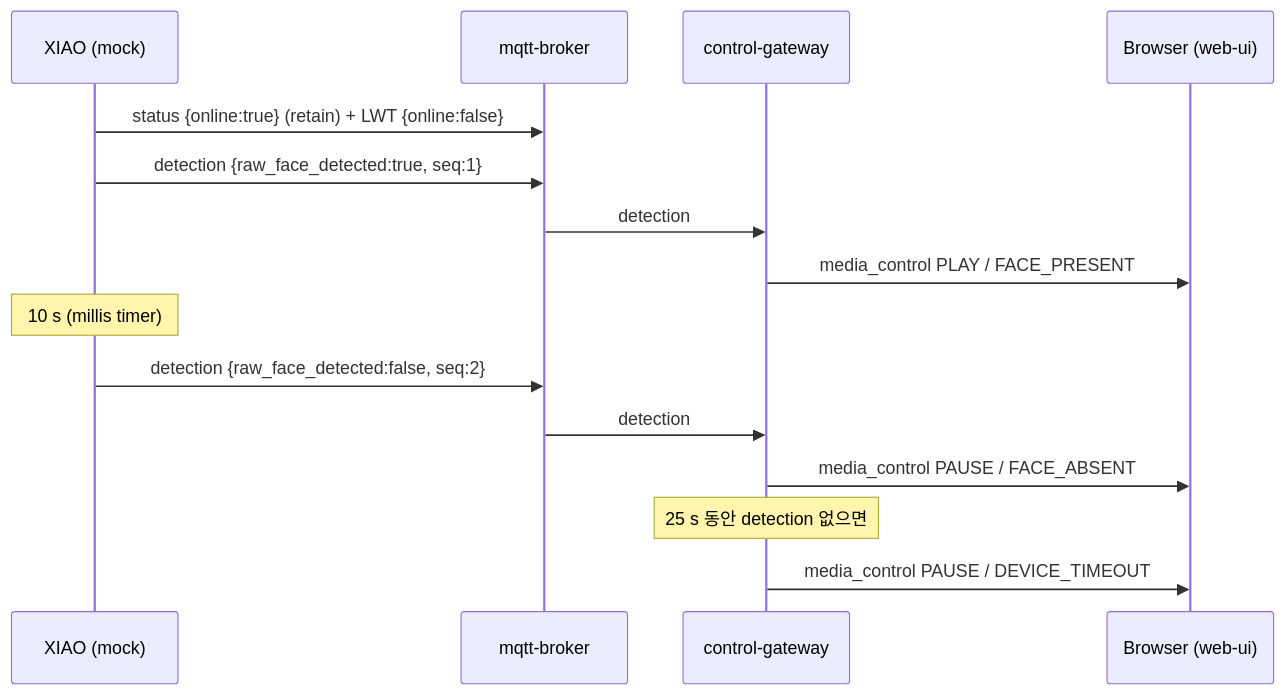
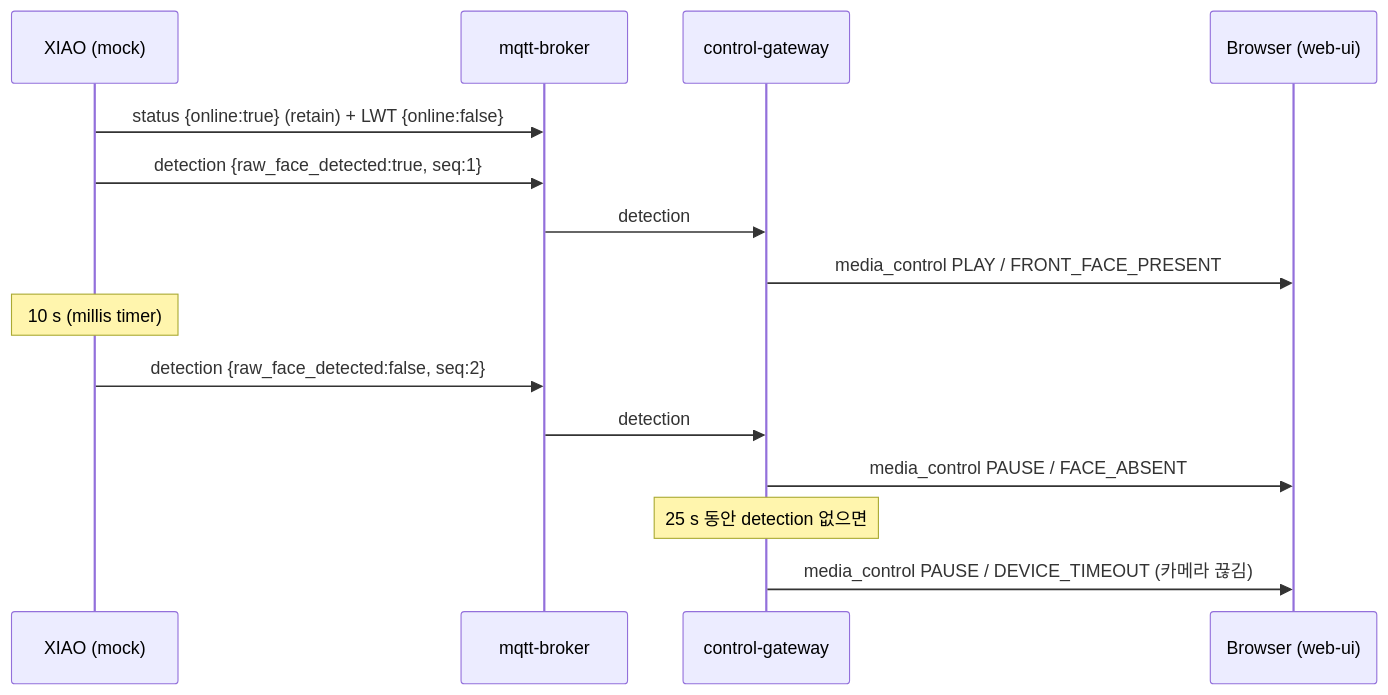
One commit to david-laugh/RealTime-Face-Media-Control changed the second of 2 diagrams in docs/architecture.md. Above: the diagram before and after it, drawn with Mermaid. The commit also changed other lines of this file and 13 other files, not shown here.

````diff
--- a/docs/architecture.md
+++ b/docs/architecture.md
@@ -48,18 +48,18 @@
 ```mermaid
 sequenceDiagram
     participant X as XIAO (mock)
     participant B as mqtt-broker
     participant G as control-gateway
     participant W as Browser (web-ui)
 
     X->>B: status {online:true} (retain) + LWT {online:false}
     X->>B: detection {raw_face_detected:true, seq:1}
     B->>G: detection
-    G->>W: media_control PLAY / FACE_PRESENT
+    G->>W: media_control PLAY / FRONT_FACE_PRESENT
     Note over X: 10 s (millis timer)
     X->>B: detection {raw_face_detected:false, seq:2}
     B->>G: detection
     G->>W: media_control PAUSE / FACE_ABSENT
     Note over G: 25 s 동안 detection 없으면
-    G->>W: media_control PAUSE / DEVICE_TIMEOUT
+    G->>W: media_control PAUSE / DEVICE_TIMEOUT (카메라 끊김)
 ```
````
